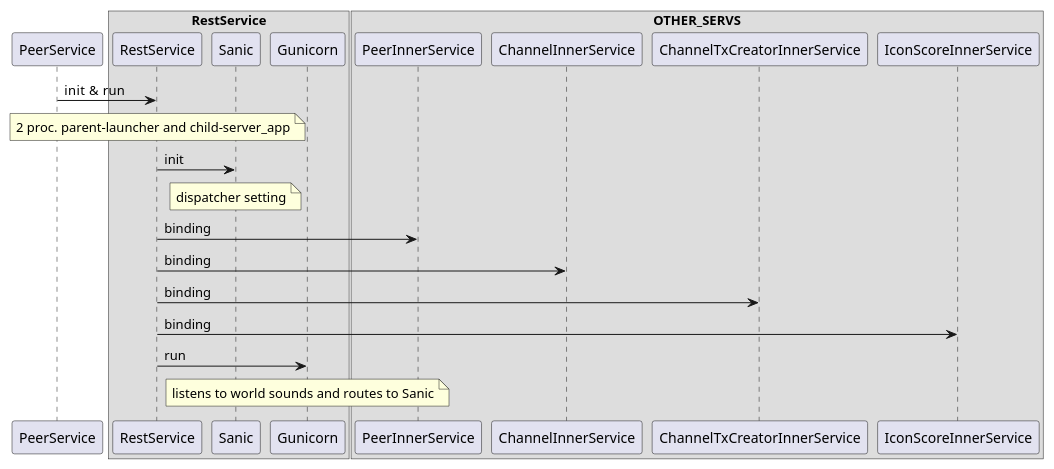
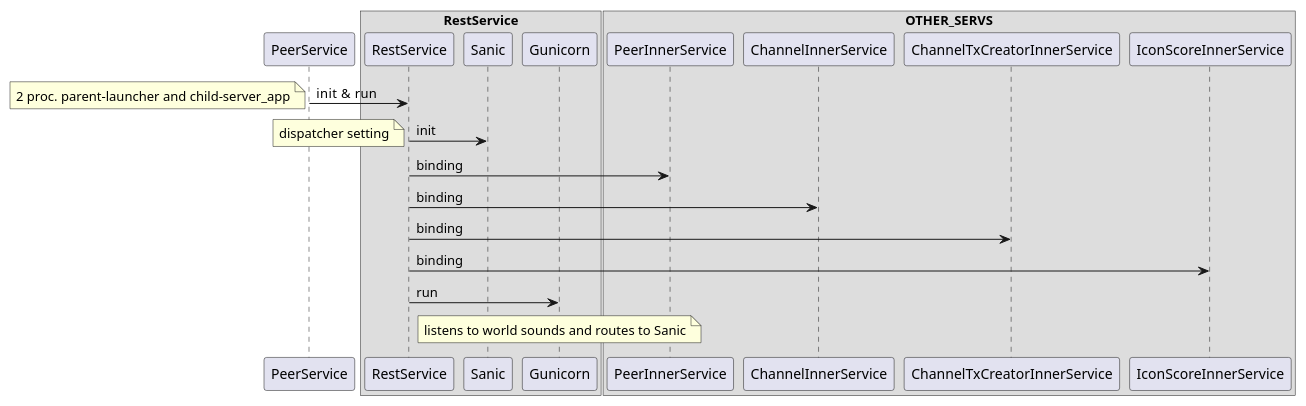
Before and after one commit to metalg0su/studies: the diagram in diagram-sequence/processes/rest/Rest-launcher.puml, drawn with PlantUML. The commit also changed other lines of this file, not shown here.

```diff
--- a/diagram-sequence/processes/rest/Rest-launcher.puml
+++ b/diagram-sequence/processes/rest/Rest-launcher.puml
@@ -38,32 +32,32 @@
 @startuml
 participant PeerService
 participant RestService
 
 
 box "RestService"
     participant RestService
     participant Sanic 
     participant Gunicorn
 end box
 
 box "OTHER_SERVS"
     participant PeerInnerService
     participant ChannelInnerService
     participant ChannelTxCreatorInnerService
     participant IconScoreInnerService
 end box
 
 PeerService -> RestService: init &  run
-note over RestService: 2 proc. parent-launcher and child-server_app
+note left: 2 proc. parent-launcher and child-server_app
 RestService -> Sanic: init
-note over Sanic: dispatcher setting
+note left: dispatcher setting
 
 RestService -> PeerInnerService: binding 
 RestService -> ChannelInnerService: binding
 RestService -> ChannelTxCreatorInnerService: binding
 RestService -> IconScoreInnerService: binding
 
 RestService -> Gunicorn: run
 note over Gunicorn: listens to world sounds and routes to Sanic
 
 @enduml
```
